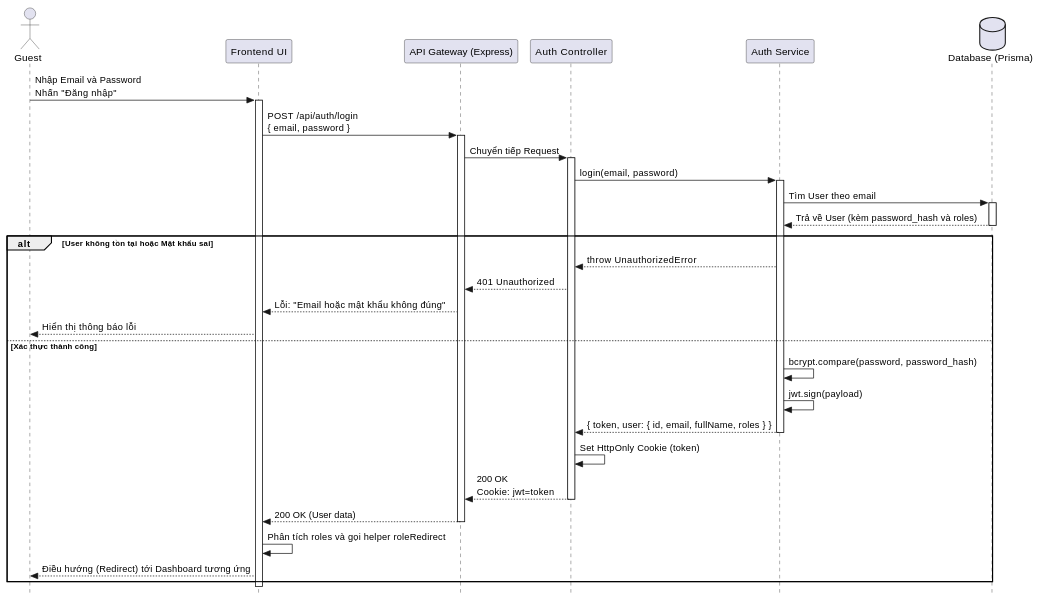
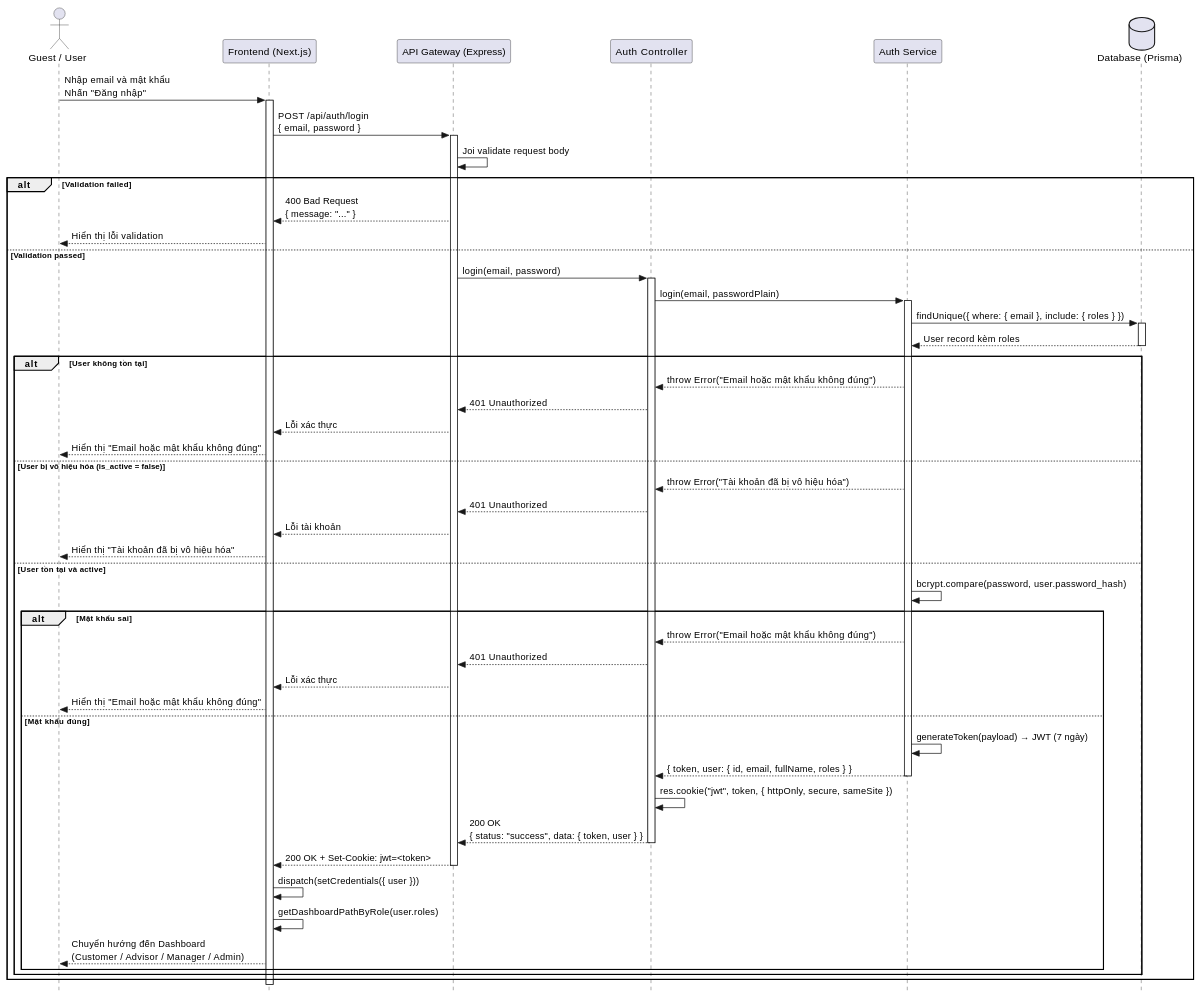
The diagram in docs/diagrams/sequence/guest/UC-03-Login.md (NguyenThanhTin235/car-service-center-web), drawn with PlantUML before and after one commit. The commit also changed 1 other file, not shown here.

Commit message:
feat(auth): UC-03 login - add register and forgot-password navigation links

````diff
--- a/docs/diagrams/sequence/guest/UC-03-Login.md
+++ b/docs/diagrams/sequence/guest/UC-03-Login.md
@@ -3,51 +3,72 @@
 ```plantuml
 @startuml
 skinparam style strictuml
-actor "Guest" as user
-participant "Frontend UI" as ui
+actor "Guest / User" as user
+participant "Frontend (Next.js)" as ui
 participant "API Gateway (Express)" as gateway
 participant "Auth Controller" as ctrl
 participant "Auth Service" as svc
 database "Database (Prisma)" as db
 
-user -> ui: Nhập Email và Password\nNhấn "Đăng nhập"
+user -> ui: Nhập email và mật khẩu\nNhấn "Đăng nhập"
 activate ui
+
 ui -> gateway: POST /api/auth/login\n{ email, password }
 activate gateway
 
-gateway -> ctrl: Chuyển tiếp Request
+gateway -> gateway: Joi validate request body
+alt Validation failed
+    gateway --> ui: 400 Bad Request\n{ message: "..." }
+    ui --> user: Hiển thị lỗi validation
+else Validation passed
+
+gateway -> ctrl: login(email, password)
 activate ctrl
 
-ctrl -> svc: login(email, password)
+ctrl -> svc: login(email, passwordPlain)
 activate svc
 
-svc -> db: Tìm User theo email
+svc -> db: findUnique({ where: { email }, include: { roles } })
 activate db
-db --> svc: Trả về User (kèm password_hash và roles)
+db --> svc: User record kèm roles
 deactivate db
 
-alt User không tồn tại hoặc Mật khẩu sai
-    svc --> ctrl: throw UnauthorizedError
+alt User không tồn tại
+    svc --> ctrl: throw Error("Email hoặc mật khẩu không đúng")
     ctrl --> gateway: 401 Unauthorized
-    gateway --> ui: Lỗi: "Email hoặc mật khẩu không đúng"
-    ui --> user: Hiển thị thông báo lỗi
-else Xác thực thành công
-    svc -> svc: bcrypt.compare(password, password_hash)
-    svc -> svc: jwt.sign(payload)
-    svc --> ctrl: { token, user: { id, email, fullName, roles } }
-    deactivate svc
-    
-    ctrl -> ctrl: Set HttpOnly Cookie (token)
-    ctrl --> gateway: 200 OK\nCookie: jwt=token
-    deactivate ctrl
-    
-    gateway --> ui: 200 OK (User data)
-    deactivate gateway
-    
-    ui -> ui: Phân tích roles và gọi helper roleRedirect
-    ui --> user: Điều hướng (Redirect) tới Dashboard tương ứng
+    gateway --> ui: Lỗi xác thực
+    ui --> user: Hiển thị "Email hoặc mật khẩu không đúng"
+else User bị vô hiệu hóa (is_active = false)
+    svc --> ctrl: throw Error("Tài khoản đã bị vô hiệu hóa")
+    ctrl --> gateway: 401 Unauthorized
+    gateway --> ui: Lỗi tài khoản
+    ui --> user: Hiển thị "Tài khoản đã bị vô hiệu hóa"
+else User tồn tại và active
+    svc -> svc: bcrypt.compare(password, user.password_hash)
+    alt Mật khẩu sai
+        svc --> ctrl: throw Error("Email hoặc mật khẩu không đúng")
+        ctrl --> gateway: 401 Unauthorized
+        gateway --> ui: Lỗi xác thực
+        ui --> user: Hiển thị "Email hoặc mật khẩu không đúng"
+    else Mật khẩu đúng
+        svc -> svc: generateToken(payload) → JWT (7 ngày)
+        svc --> ctrl: { token, user: { id, email, fullName, roles } }
+        deactivate svc
+
+        ctrl -> ctrl: res.cookie("jwt", token, { httpOnly, secure, sameSite })
+        ctrl --> gateway: 200 OK\n{ status: "success", data: { token, user } }
+        deactivate ctrl
+        gateway --> ui: 200 OK + Set-Cookie: jwt=<token>
+        deactivate gateway
+
+        ui -> ui: dispatch(setCredentials({ user }))
+        ui -> ui: getDashboardPathByRole(user.roles)
+        ui --> user: Chuyển hướng đến Dashboard\n(Customer / Advisor / Manager / Admin)
+    end
 end
+end
+
 deactivate ui
 
 @enduml
 ```
````
